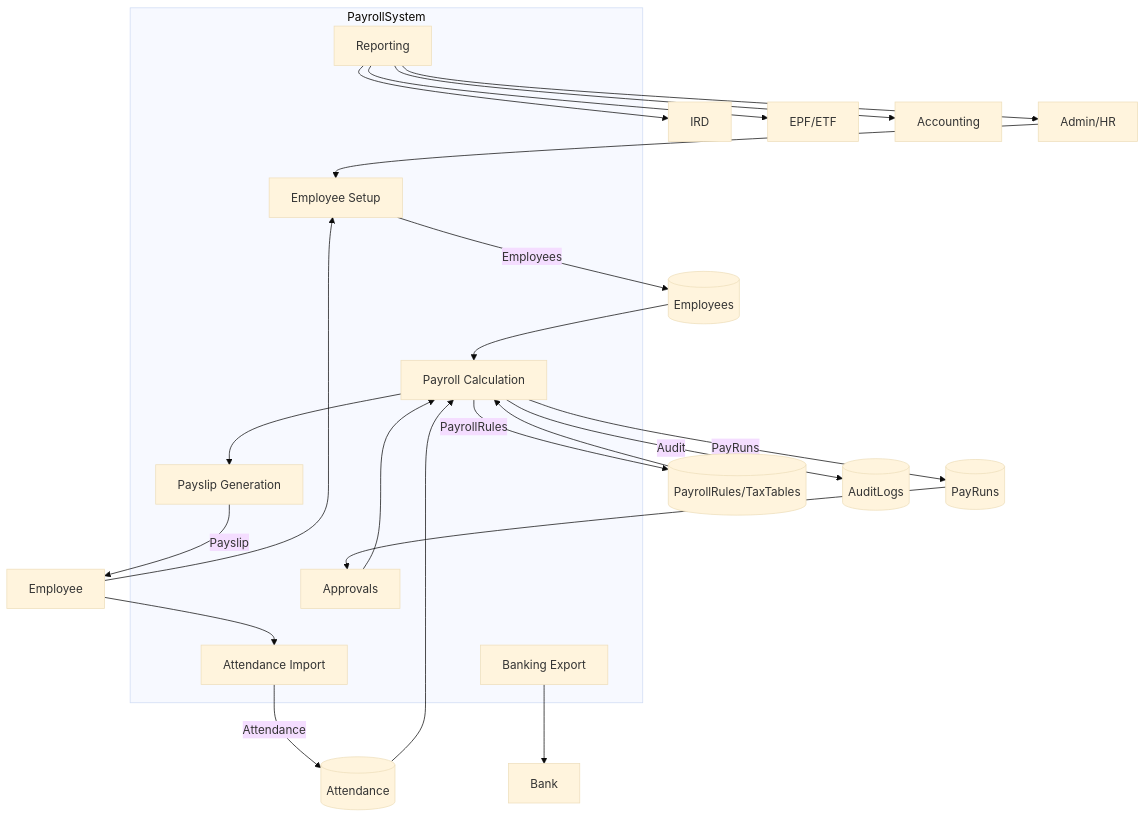
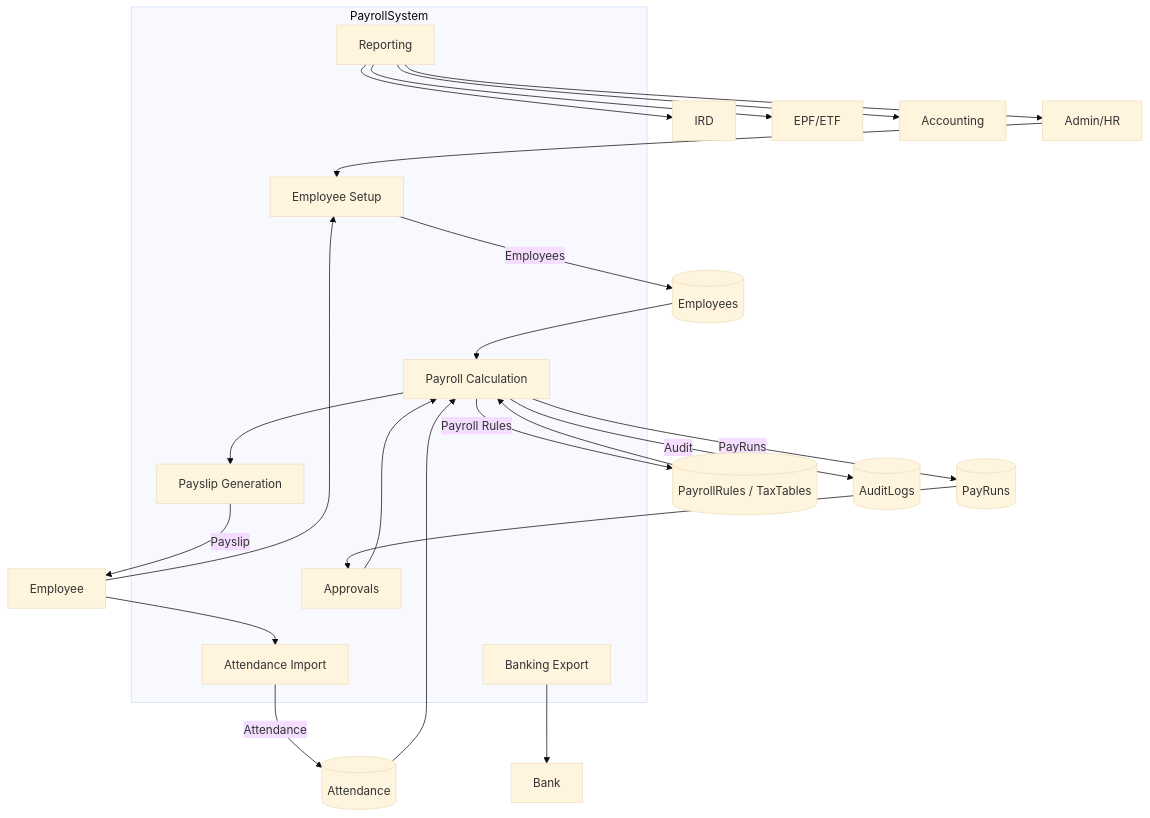
The first of 2 diagrams in docs/as-is-dataflow.md (chamarairesh1982/PayRoll), drawn with Mermaid (base theme) before and after one commit. The commit also changed other lines of this file, not shown here.

Commit message:
Expand as-is data flow documentation

````diff
--- a/docs/as-is-dataflow.md
+++ b/docs/as-is-dataflow.md
@@ -34,40 +34,40 @@
 ```mermaid
 graph TD
     HR[Admin/HR]
     Emp[Employee]
     Bank[Bank]
     IRD[IRD]
     EPF[EPF/ETF]
     ACC[Accounting]
 
     subgraph PayrollSystem
       P1[Employee Setup]
       P2[Attendance Import]
       P3[Payroll Calculation]
       P4[Approvals]
       P5[Payslip Generation]
       P6[Reporting]
       P7[Banking Export]
     end
 
     HR --> P1
     Emp --> P2
     Emp --> P1
     P1 -->|Employees| D1[(Employees)]
     P2 -->|Attendance| D2[(Attendance)]
     P3 -->|PayRuns| D3[(PayRuns)]
-    P3 -->|PayrollRules| D4[(PayrollRules/TaxTables)]
+    P3 -->|Payroll Rules| D4[(PayrollRules / TaxTables)]
     P3 -->|Audit| D5[(AuditLogs)]
     P3 --> P5
     P4 --> P3
     P5 -->|Payslip| Emp
     P6 --> HR
     P7 --> Bank
     P6 --> IRD
     P6 --> EPF
     P6 --> ACC
     D1 --> P3
     D2 --> P3
     D3 --> P4
     D4 --> P3
 ```
````
